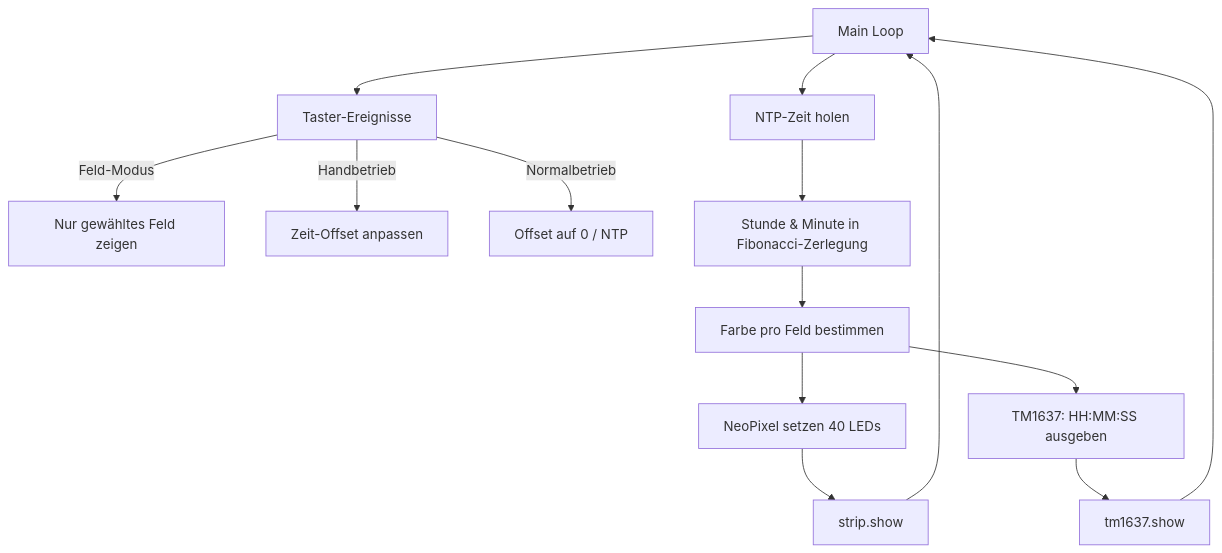
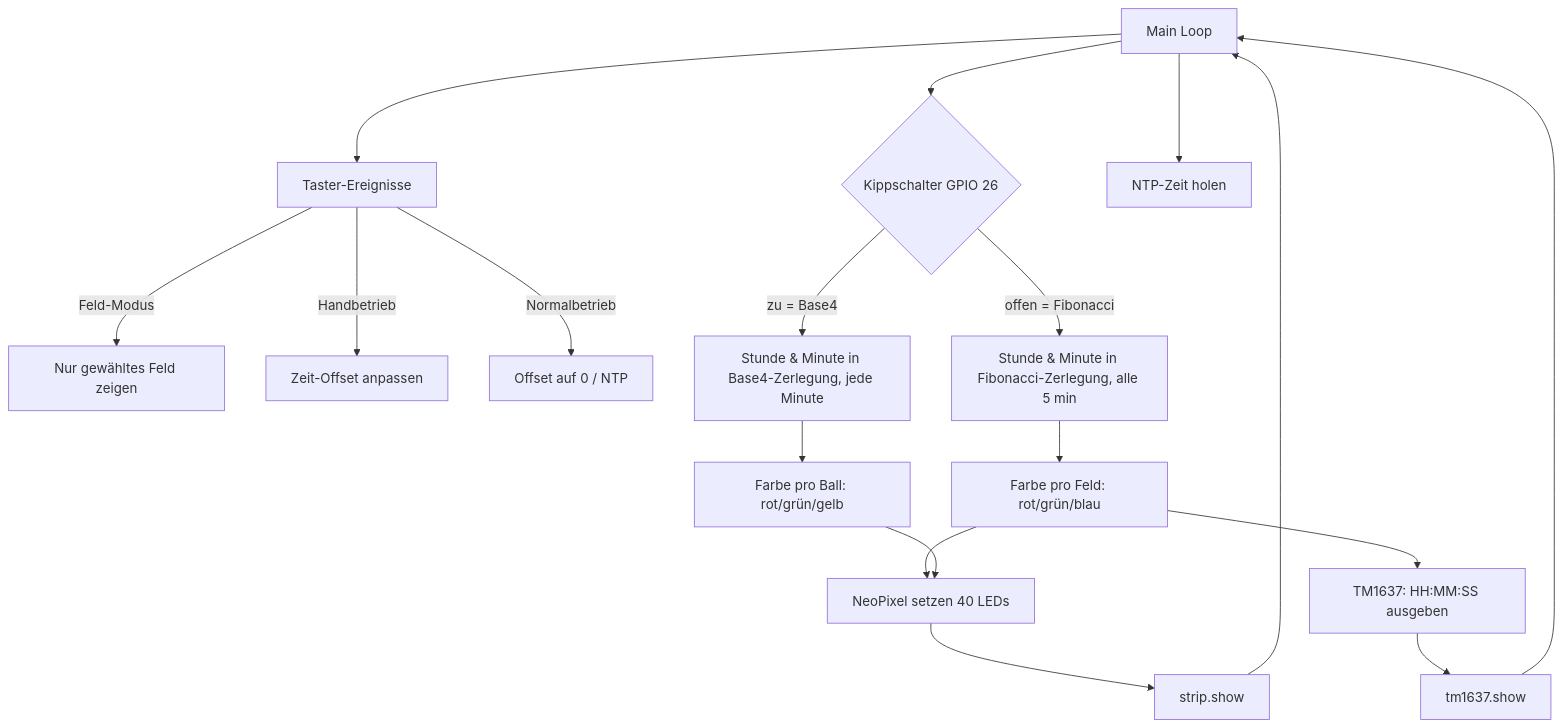
Before and after one commit to Paul-3400/fibonacci-ping-pong-clock: the second of 2 diagrams in docs/Fibonacci_PingPong_Uhr_Bauanleitung.md, drawn with Mermaid. The commit also changed other lines of this file, not shown here.

Commit message:
docs: Base4-Modus von Beginn integriert – Kippschalter GPIO 26 (Fibonacci<->Base4), 3x3-Matrix in Feld A, base4.py + Code-Entwuerfe erweitert

````diff
--- a/docs/Fibonacci_PingPong_Uhr_Bauanleitung.md
+++ b/docs/Fibonacci_PingPong_Uhr_Bauanleitung.md
@@ -350,16 +417,20 @@
 ```mermaid
 graph TD
     A[Main Loop] --> T[Taster-Ereignisse]
     T -->|Feld-Modus| F1[Nur gewähltes Feld zeigen]
     T -->|Handbetrieb| O[Zeit-Offset anpassen]
     T -->|Normalbetrieb| R[Offset auf 0 / NTP]
+    A --> SW{Kippschalter GPIO 26}
+    SW -->|offen = Fibonacci| C[Stunde & Minute in Fibonacci-Zerlegung, alle 5 min]
+    SW -->|zu = Base4| B4[Stunde & Minute in Base4-Zerlegung, jede Minute]
+    C --> D[Farbe pro Feld: rot/grün/blau]
+    B4 --> D4[Farbe pro Ball: rot/grün/gelb]
+    D --> E[NeoPixel setzen 40 LEDs]
+    D4 --> E
     A --> B[NTP-Zeit holen]
-    B --> C[Stunde & Minute in Fibonacci-Zerlegung]
-    C --> D[Farbe pro Feld bestimmen]
-    D --> E[NeoPixel setzen 40 LEDs]
     D --> F[TM1637: HH:MM:SS ausgeben]
     E --> G[strip.show]
     F --> H[tm1637.show]
     G --> A
     H --> A
 ```
````
